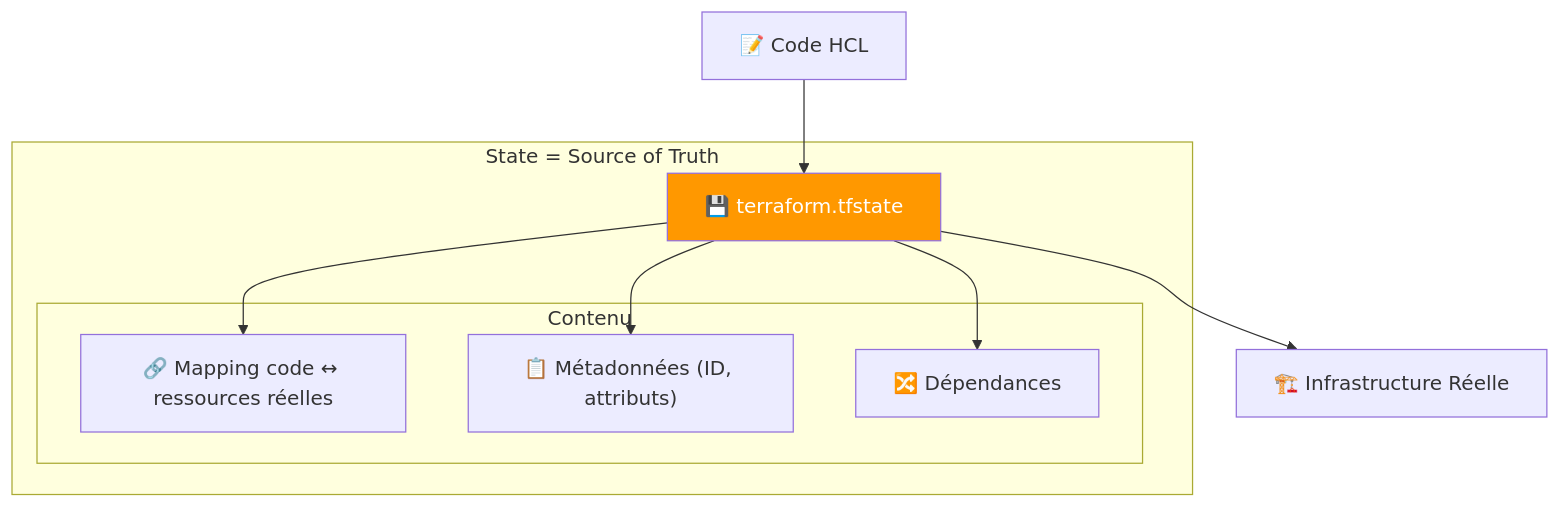
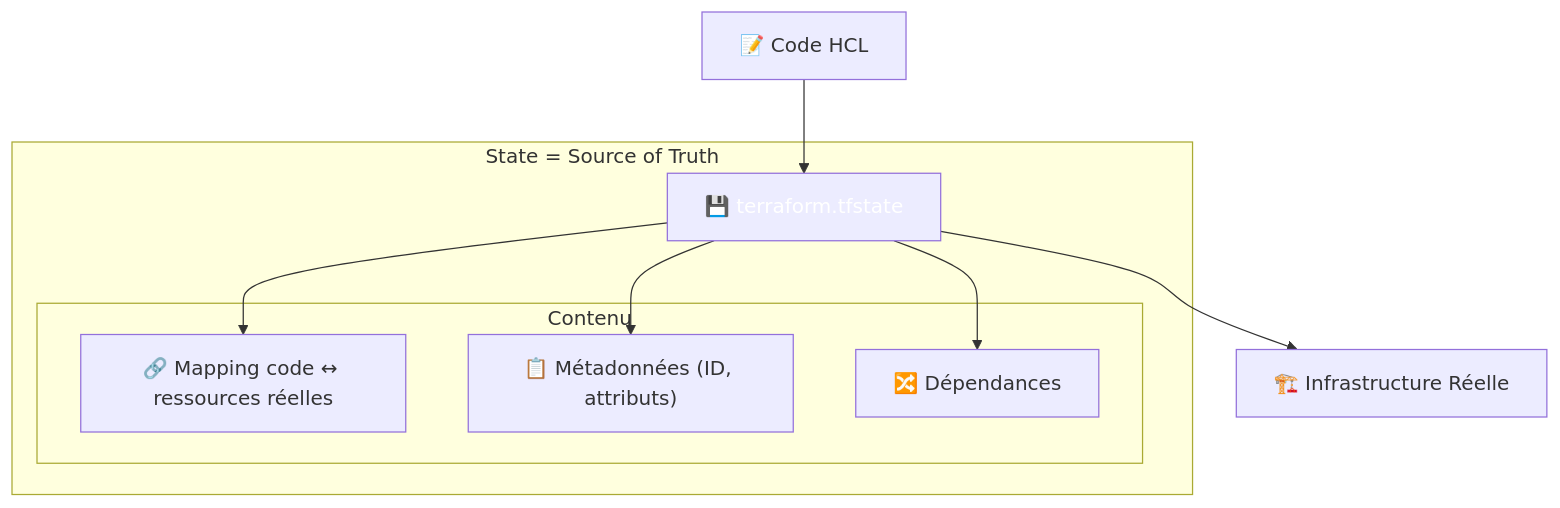
The fourth of 5 diagrams in docs/formations/terraform-aci/01-module.md (VBlackJack/ShellBook), drawn with Mermaid before and after one commit. The commit also changed other lines of this file and 337 other files, not shown here.

First line of the commit message:
refactor(docs): Standardize code blocks and Mermaid colors

````diff
--- a/docs/formations/terraform-aci/01-module.md
+++ b/docs/formations/terraform-aci/01-module.md
@@ -302,24 +302,24 @@
 ```mermaid
 graph TB
     subgraph "State = Source of Truth"
         STATE["💾 terraform.tfstate"]
 
         subgraph "Contenu"
             MAPPING["🔗 Mapping code ↔ ressources réelles"]
             META["📋 Métadonnées (ID, attributs)"]
             DEPS["🔀 Dépendances"]
         end
     end
 
     CODE["📝 Code HCL"]
     INFRA["🏗️ Infrastructure Réelle"]
 
     CODE --> STATE
     STATE --> INFRA
 
     STATE --> MAPPING
     STATE --> META
     STATE --> DEPS
 
-    style STATE fill:#ff9800,color:#fff
+    style STATE fill:#FF9800800800,color:#fff
 ```
````
